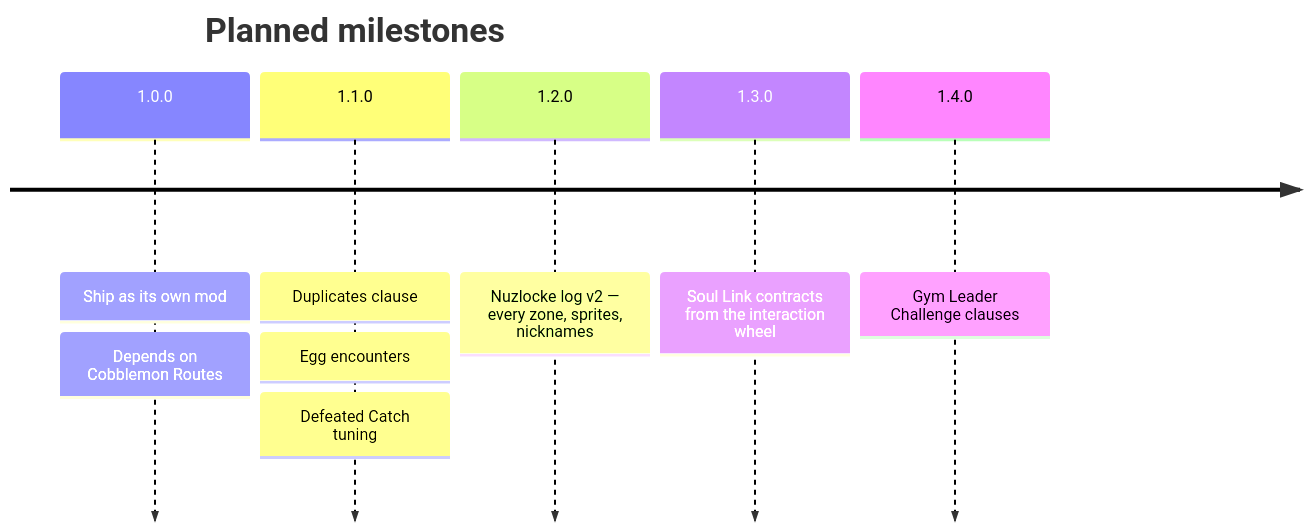
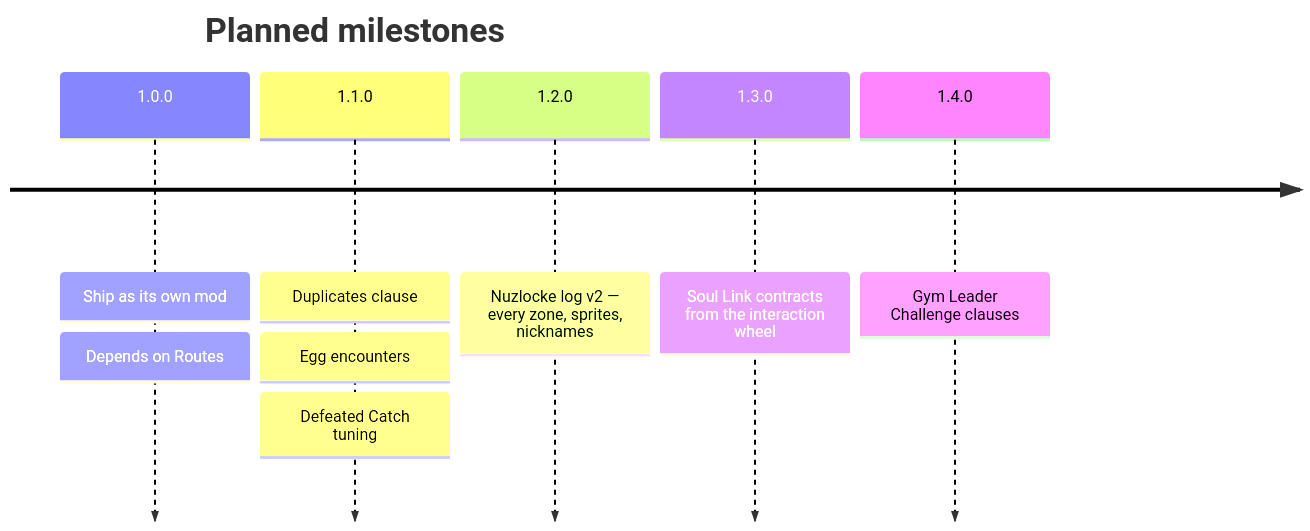
The diagram in docs/nuzlocke/roadmap.md (manucruzleiva/mod-wiki), drawn with Mermaid before and after one commit. The commit also changed other lines of this file and 17 other files, not shown here.

First line of the commit message:
docs: the mod is called Routes, not Cobblemon Routes

````diff
--- a/docs/nuzlocke/roadmap.md
+++ b/docs/nuzlocke/roadmap.md
@@ -6,9 +6,9 @@
 ```mermaid
 timeline
     title Planned milestones
-    1.0.0 : Ship as its own mod : Depends on Cobblemon Routes
+    1.0.0 : Ship as its own mod : Depends on Routes
     1.1.0 : Duplicates clause : Egg encounters : Defeated Catch tuning
     1.2.0 : Nuzlocke log v2 — every zone, sprites, nicknames
     1.3.0 : Soul Link contracts from the interaction wheel
     1.4.0 : Gym Leader Challenge clauses
 ```
````
